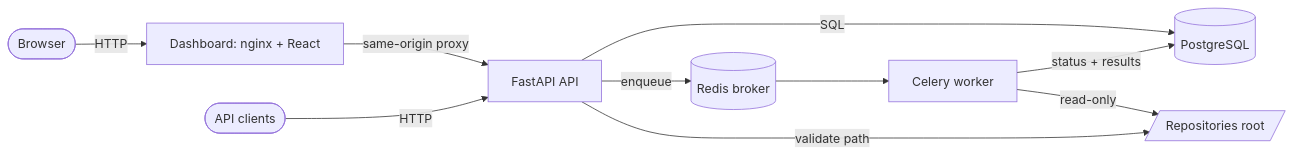
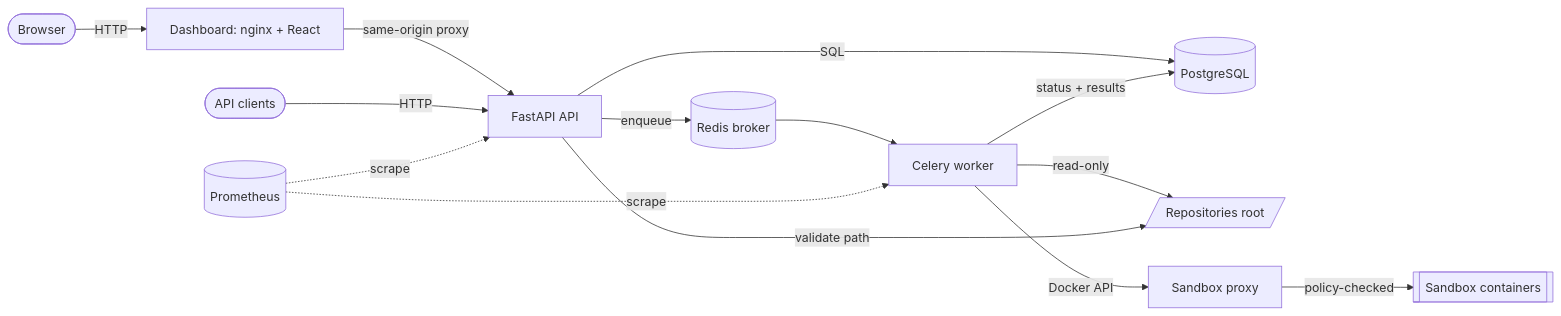
The diagram in README.md (AAli-gh/AI-Powered-Software-Testing-Platform), drawn with Mermaid before and after one commit. The commit also changed other lines of this file and 19 other files, not shown here.

````diff
--- a/README.md
+++ b/README.md
@@ -66,12 +59,15 @@
 ```mermaid
 flowchart LR
     browser([Browser]) -->|HTTP| web[Dashboard: nginx + React]
     web -->|same-origin proxy| api[FastAPI API]
     client([API clients]) -->|HTTP| api
     api -->|SQL| pg[(PostgreSQL)]
     api -->|enqueue| redis[(Redis broker)]
     redis --> worker[Celery worker]
     worker -->|status + results| pg
     worker -->|read-only| repos[/Repositories root/]
     api -->|validate path| repos
+    worker -->|Docker API| proxy[Sandbox proxy] -->|policy-checked| sandbox[[Sandbox containers]]
+    prometheus[(Prometheus)] -.->|scrape| api
+    prometheus -.->|scrape| worker
 ```
````
